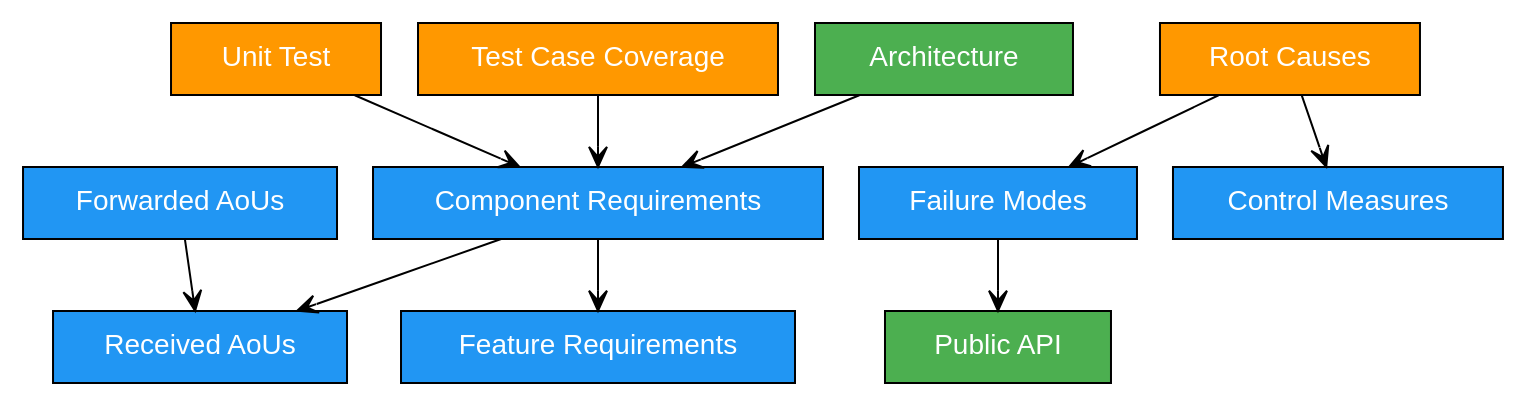
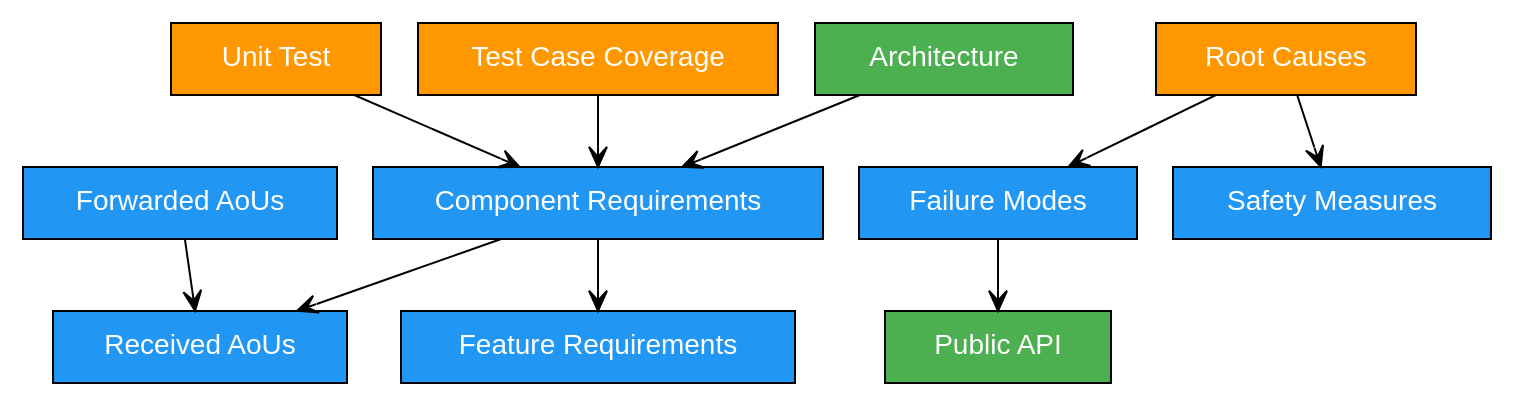
One commit to eclipse-score/tooling changed the diagram in bazel/rules/rules_score/docs/overview.rst. Above: the diagram before and after it, drawn with Graphviz. The commit also changed other lines of this file and 65 other files, not shown here.

```diff
--- a/bazel/rules/rules_score/docs/overview.rst
+++ b/bazel/rules/rules_score/docs/overview.rst
@@ -179,28 +179,28 @@
 .. graphviz::
 
    digraph tracing_policy {
       rankdir=TB;
       node [shape=box, style=filled, fontname="Helvetica", margin="0.3,0.1"];
       edge [arrowhead=open];
 
       "Feature Requirements" [fillcolor="#2196F3", fontcolor="white"];
       "Received AoUs" [fillcolor="#2196F3", fontcolor="white"];
       "Forwarded AoUs" [fillcolor="#2196F3", fontcolor="white"];
       "Component Requirements" [fillcolor="#2196F3", fontcolor="white"];
       "Unit Test" [fillcolor="#FF9800", fontcolor="white"];
       "Test Case Coverage" [fillcolor="#FF9800", fontcolor="white"];
       "Architecture" [fillcolor="#4CAF50", fontcolor="white"];
       "Public API" [fillcolor="#4CAF50", fontcolor="white"];
       "Failure Modes" [fillcolor="#2196F3", fontcolor="white"];
-      "Control Measures" [fillcolor="#2196F3", fontcolor="white"];
+      "Safety Measures" [fillcolor="#2196F3", fontcolor="white"];
       "Root Causes" [fillcolor="#FF9800", fontcolor="white"];
       "Forwarded AoUs" -> "Received AoUs";
       "Component Requirements" -> "Feature Requirements";
       "Component Requirements" -> "Received AoUs";
       "Unit Test" -> "Component Requirements";
       "Test Case Coverage" -> "Component Requirements";
       "Architecture" -> "Component Requirements";
       "Failure Modes" -> "Public API";
       "Root Causes" -> "Failure Modes";
-      "Root Causes" -> "Control Measures";
+      "Root Causes" -> "Safety Measures";
    }
```
